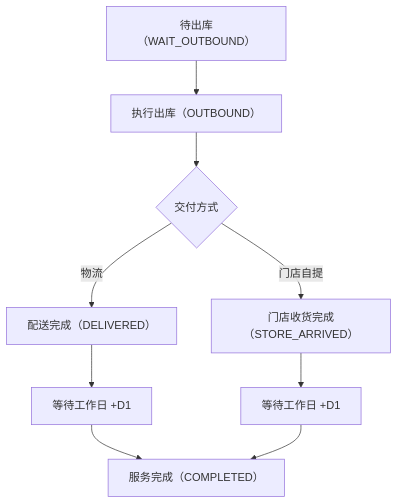
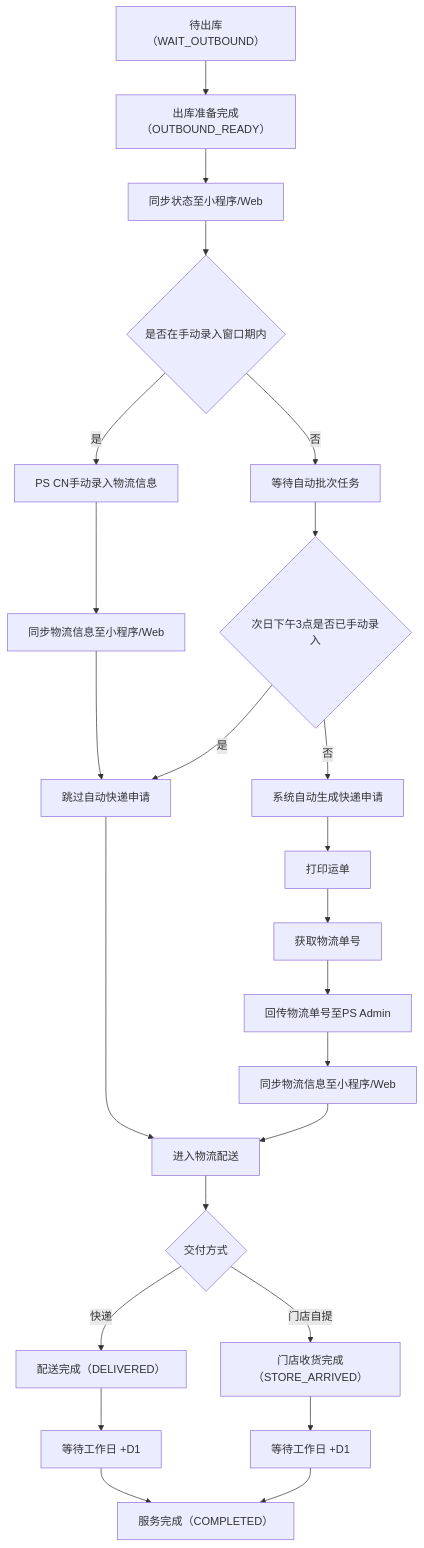
Diagram 11 of 30 in 文档/GM系统需求说明.md (guguohai/gmps), drawn with Mermaid before and after one commit. The commit also changed other lines of this file, not shown here.

````diff
--- a/文档/GM系统需求说明.md
+++ b/文档/GM系统需求说明.md
@@ -617,14 +614,33 @@
 ```mermaid
 flowchart TD
 
-A[待出库（WAIT_OUTBOUND）] --> B[执行出库（OUTBOUND）]
-B --> C{交付方式}
+A[待出库（WAIT_OUTBOUND）] --> B[出库准备完成（OUTBOUND_READY）]
+B --> C[同步状态至小程序/Web]
 
-C -->|物流| D[配送完成（DELIVERED）]
-D --> E[等待工作日 +D1]
-E --> F[服务完成（COMPLETED）]
+C --> D{是否在手动录入窗口期内}
+D -->|是| E[PS CN手动录入物流信息]
+D -->|否| F[等待自动批次任务]
 
-C -->|门店自提| G[门店收货完成（STORE_ARRIVED）]
-G --> H[等待工作日 +D1]
-H --> F
+E --> G[同步物流信息至小程序/Web]
+G --> H[跳过自动快递申请]
+
+F --> I{次日下午3点是否已手动录入}
+I -->|是| H
+I -->|否| J[系统自动生成快递申请]
+J --> K[打印运单]
+K --> L[获取物流单号]
+L --> M[回传物流单号至PS Admin]
+M --> N[同步物流信息至小程序/Web]
+
+H --> O[进入物流配送]
+N --> O
+
+O --> P{交付方式}
+P -->|快递| Q[配送完成（DELIVERED）]
+Q --> R[等待工作日 +D1]
+R --> S[服务完成（COMPLETED）]
+
+P -->|门店自提| T[门店收货完成（STORE_ARRIVED）]
+T --> U[等待工作日 +D1]
+U --> S
 ```
````
